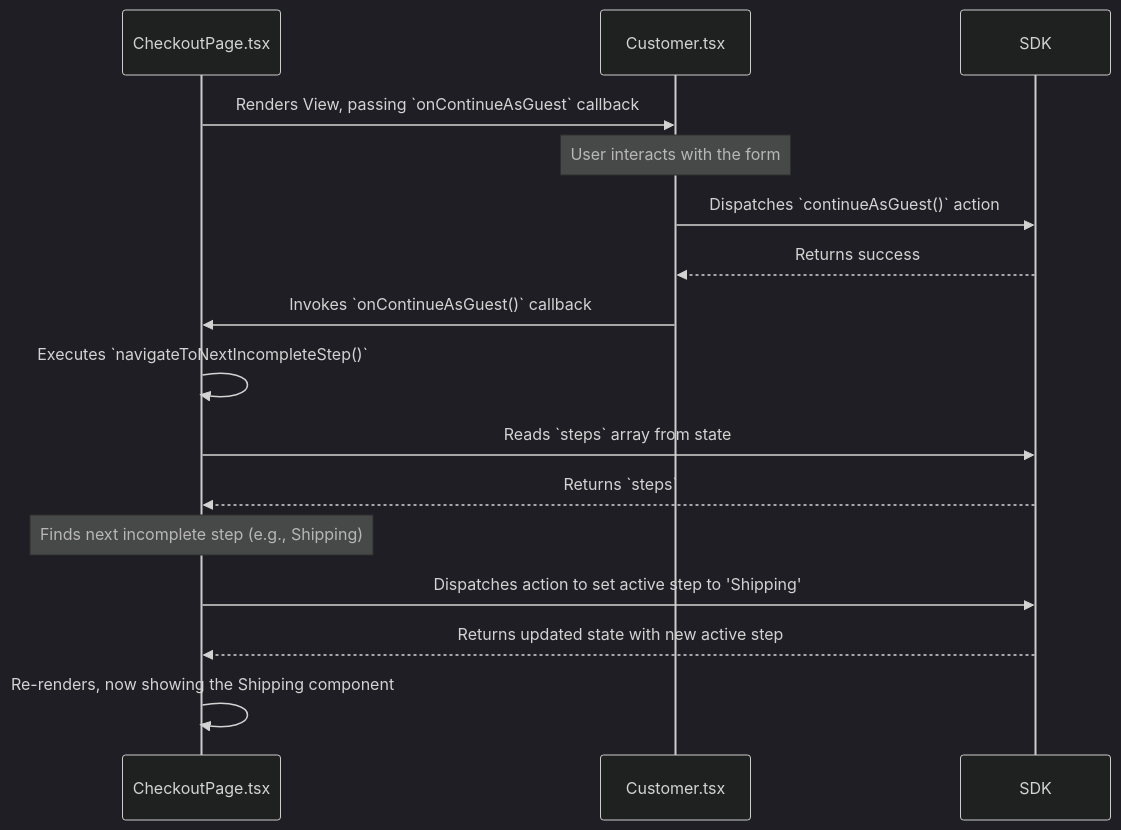
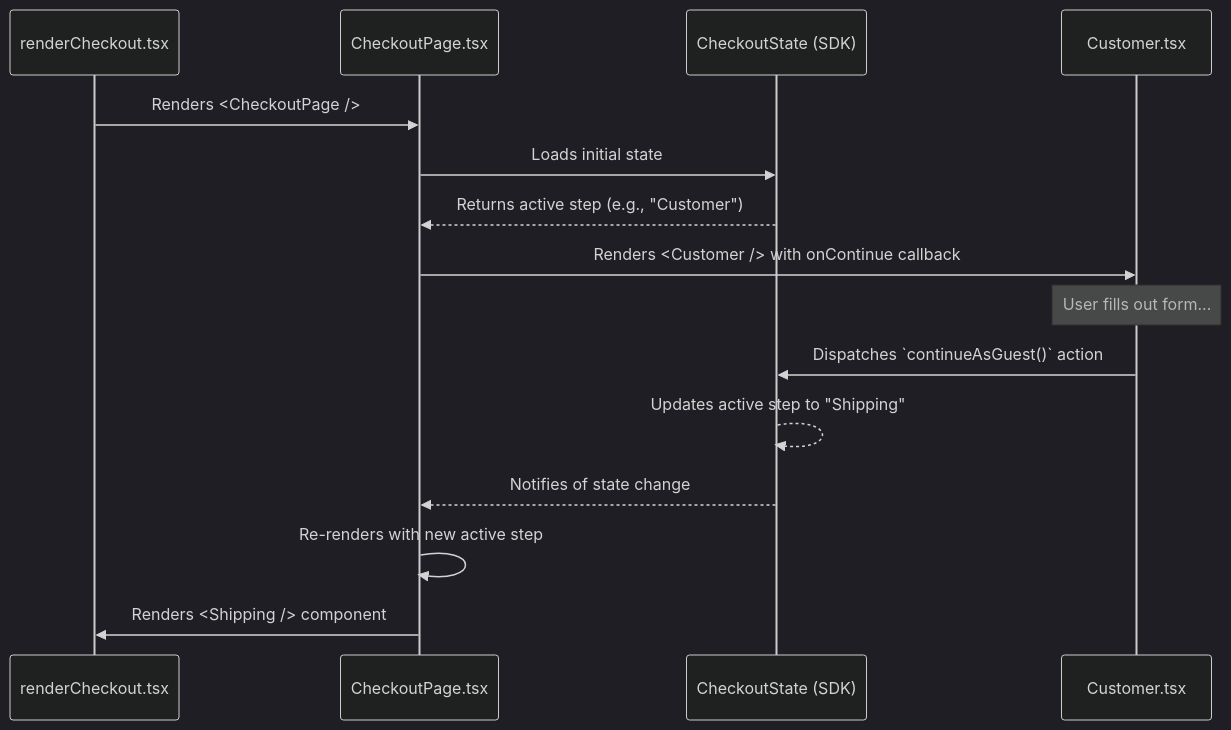
The diagram in case-study-checkout-js-docs/01-application-architecture/04-view-management-guide.md (bahsim/gen-ai-enablement-playbook), drawn with Mermaid (dark theme) before and after one commit. The commit also changed other lines of this file and 50 other files, not shown here.

````diff
--- a/case-study-checkout-js-docs/01-application-architecture/04-view-management-guide.md
+++ b/case-study-checkout-js-docs/01-application-architecture/04-view-management-guide.md
@@ -25,26 +23,20 @@
 ```mermaid
 sequenceDiagram
+    participant App as renderCheckout.tsx
     participant Controller as CheckoutPage.tsx
+    participant State as CheckoutState (SDK)
     participant View as Customer.tsx
-    participant SDK
 
-    Controller->>View: Renders View, passing `onContinueAsGuest` callback
+    App->>Controller: Renders <CheckoutPage />
+    Controller->>State: Loads initial state
+    State-->>Controller: Returns active step (e.g., "Customer")
+    Controller->>View: Renders <Customer /> with onContinue callback
+    
+    Note over View: User fills out form...
 
-    Note over View: User interacts with the form
-
-    View->>SDK: Dispatches `continueAsGuest()` action
-    SDK-->>View: Returns success
-
-    View->>Controller: Invokes `onContinueAsGuest()` callback
-    
-    Controller->>Controller: Executes `navigateToNextIncompleteStep()`
-    Controller->>SDK: Reads `steps` array from state
-    SDK-->>Controller: Returns `steps`
-    
-    Note over Controller: Finds next incomplete step (e.g., Shipping)
-    
-    Controller->>SDK: Dispatches action to set active step to 'Shipping'
-    SDK-->>Controller: Returns updated state with new active step
-    
-    Controller->>Controller: Re-renders, now showing the Shipping component
+    View->>State: Dispatches `continueAsGuest()` action
+    State-->>State: Updates active step to "Shipping"
+    State-->>Controller: Notifies of state change
+    Controller->>Controller: Re-renders with new active step
+    Controller->>App: Renders <Shipping /> component
 ```
````
